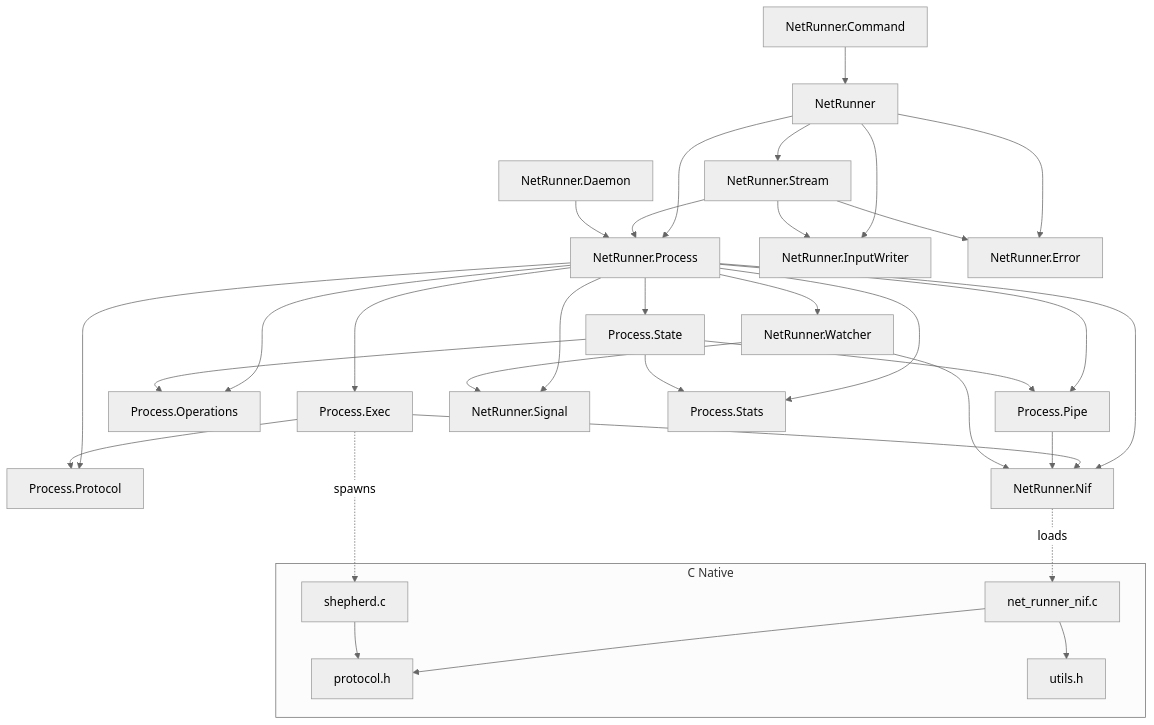
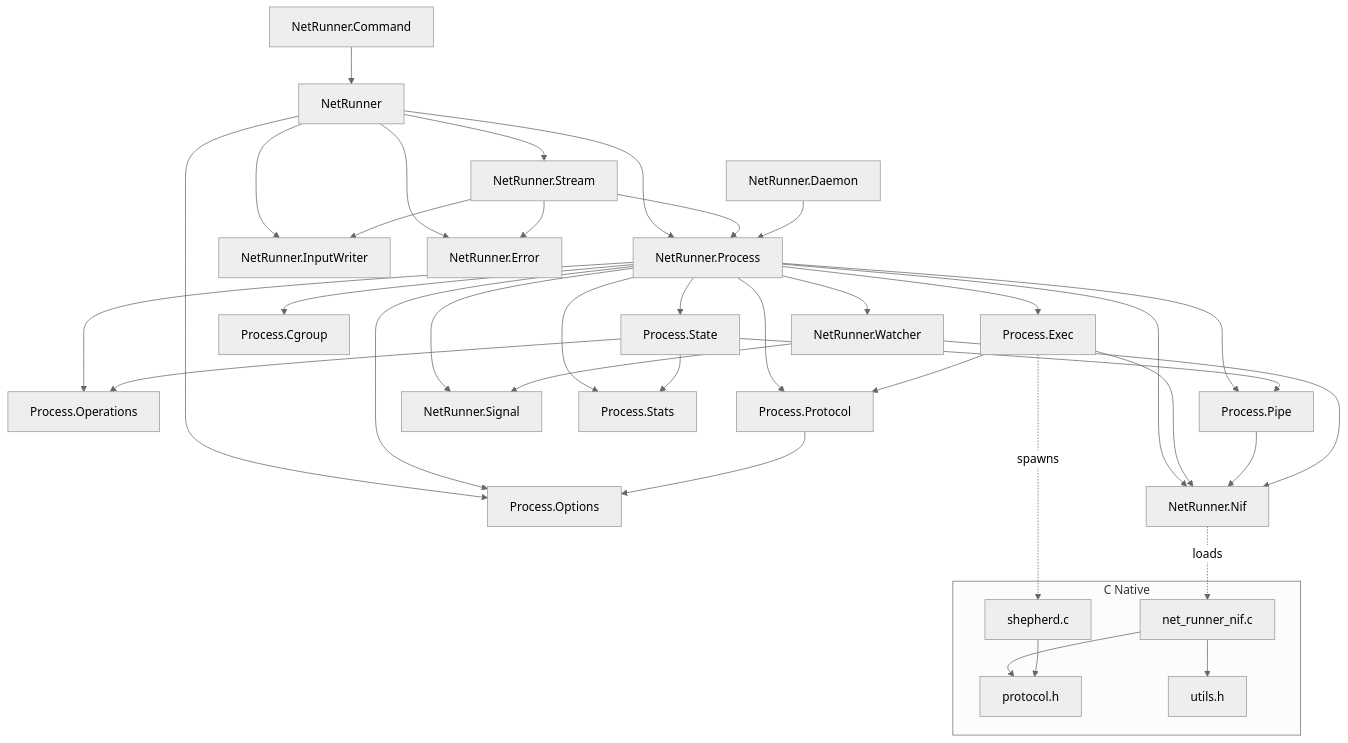
The diagram in docs/modules.md (nyo16/net_runner), drawn with Mermaid (neutral theme) before and after one commit. The commit also changed other lines of this file and 2 other files, not shown here.

Commit message:
docs: module map and agent guidance for Options, Cgroup, Protocol argv; Stats in the Public API group (A-6)

````diff
--- a/docs/modules.md
+++ b/docs/modules.md
@@ -3,42 +3,46 @@
 ```mermaid
 graph TD
     NR[NetRunner] --> S[NetRunner.Stream]
     NR --> P[NetRunner.Process]
     NR --> IW[NetRunner.InputWriter]
     NR --> ERR[NetRunner.Error]
     S --> P
     S --> IW
     S --> ERR
     CMD[NetRunner.Command] --> NR
+    NR --> OPT[Process.Options]
     P --> EX[Process.Exec]
+    P --> OPT
     P --> ST[Process.State]
     P --> OP[Process.Operations]
     P --> PI[Process.Pipe]
     P --> PR[Process.Protocol]
+    P --> CG[Process.Cgroup]
     P --> NI[NetRunner.Nif]
     P --> SIG[NetRunner.Signal]
     P --> STATS[Process.Stats]
     P --> W[NetRunner.Watcher]
     EX --> PR
+    PR --> OPT
     EX --> NI
     PI --> NI
     ST --> PI
     ST --> OP
     ST --> STATS
     W --> NI
     W --> SIG
     D[NetRunner.Daemon] --> P
 
     subgraph "C Native"
         SH[shepherd.c]
         NIFC[net_runner_nif.c]
         PROTO[protocol.h]
         UTIL[utils.h]
     end
 
     NI -.->|loads| NIFC
     EX -.->|spawns| SH
     NIFC --> PROTO
     NIFC --> UTIL
     SH --> PROTO
 ```
````
